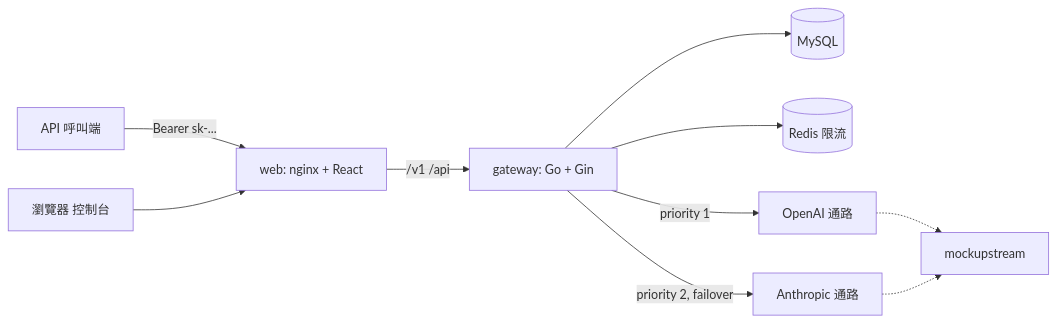
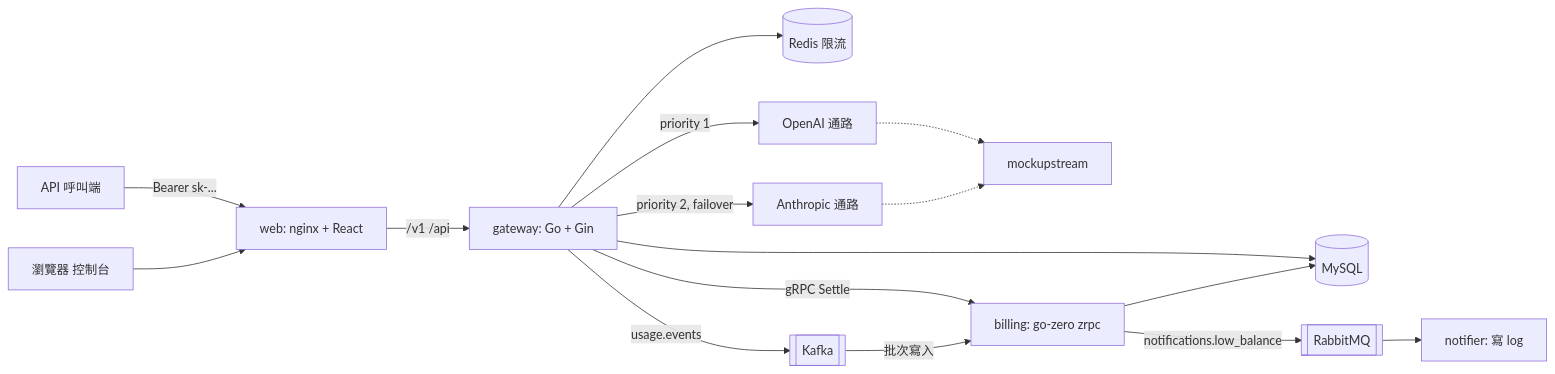
The diagram in README.md (Chunweiwu518/llm-gateway), drawn with Mermaid before and after one commit. The commit also changed other lines of this file, not shown here.

Commit message:
docs: architecture, Kubernetes, load test and frontend performance results

````diff
--- a/README.md
+++ b/README.md
@@ -25,12 +31,18 @@
 ```mermaid
 flowchart LR
   client[API 呼叫端] -->|Bearer sk-...| nginx
   browser[瀏覽器 控制台] --> nginx[web: nginx + React]
   nginx -->|/v1 /api| gw[gateway: Go + Gin]
   gw --> mysql[(MySQL)]
   gw --> redis[(Redis 限流)]
   gw -->|priority 1| oa[OpenAI 通路]
   gw -->|priority 2, failover| an[Anthropic 通路]
   oa -.-> mock[mockupstream]
   an -.-> mock
+  gw -->|gRPC Settle| bill[billing: go-zero zrpc]
+  gw -->|usage.events| kafka[[Kafka]]
+  kafka -->|批次寫入| bill
+  bill --> mysql
+  bill -->|notifications.low_balance| rmq[[RabbitMQ]]
+  rmq --> notifier[notifier: 寫 log]
 ```
````
